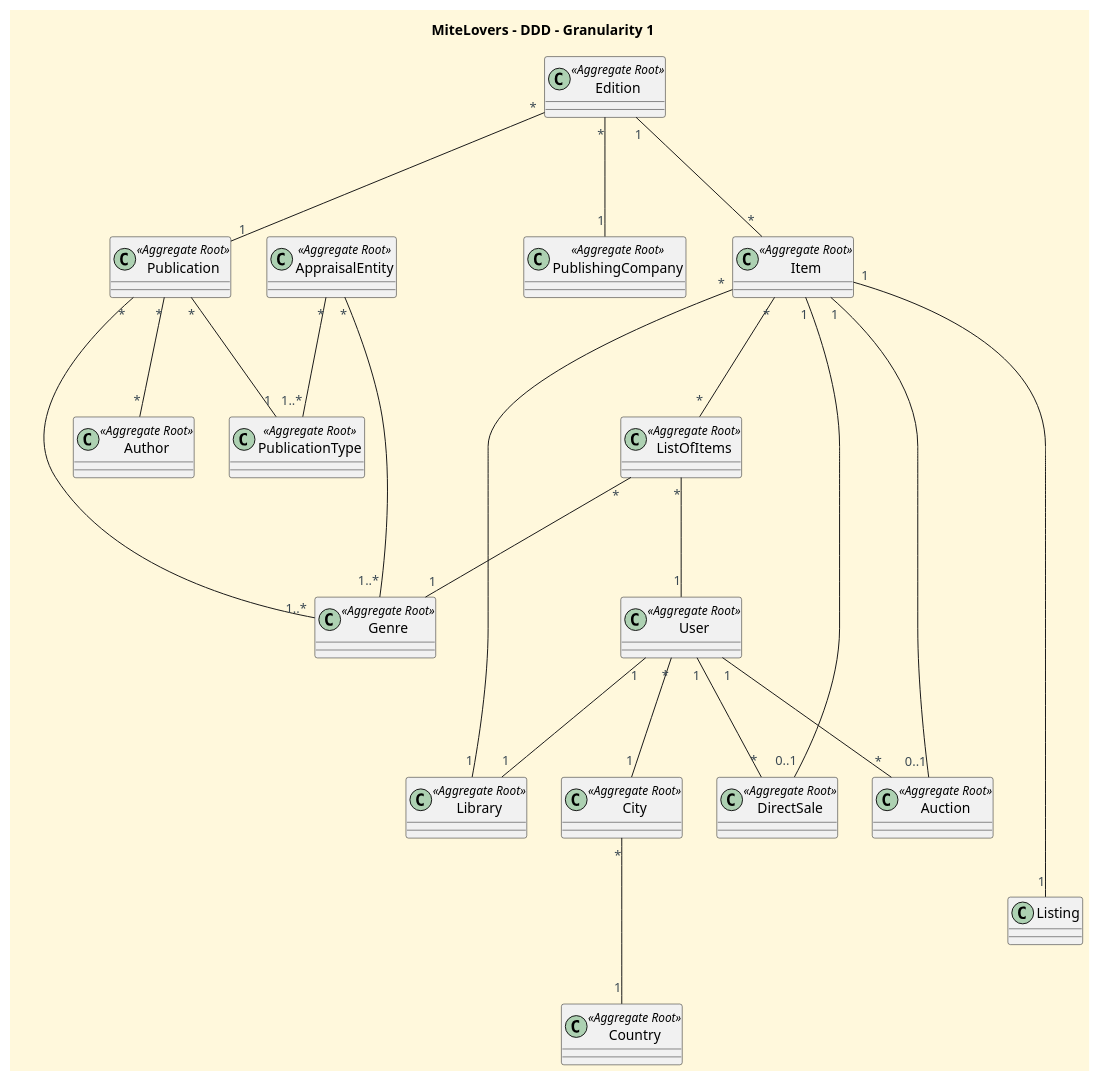
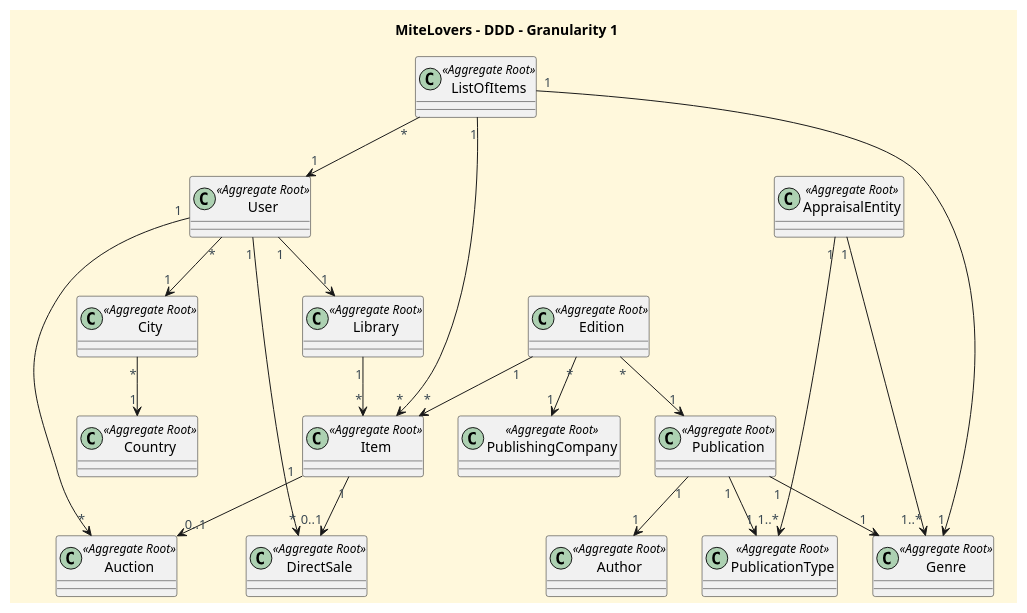
Before and after one commit to CarolinaLeite-collab/JavaMarketplacePlatform: the diagram in docs/global-artifacts/DDD-G1.puml, drawn with PlantUML. The commit also changed 2 other files, not shown here.

```diff
--- a/docs/global-artifacts/DDD-G1.puml
+++ b/docs/global-artifacts/DDD-G1.puml
@@ -1,95 +1,94 @@
 @startuml
 'https://plantuml.com/class-diagram
 
 '==== Title ====
 title MiteLovers – DDD - Granularity 1
 top to bottom direction
 
 '==== basic style ====
 
 'hides unwanted text
 
 skinparam monochrome false
 
 skinparam monochrome false
 skinparam shadowing false
 skinparam defaultFontName Futura
 skinparam objectFontSize 20
 skinparam backgroundColor CornSilk
 skinparam objectBackgroundColor WhiteSmoke
 skinparam noteBackgroundColor #FFFFE0
 skinparam ArrowFontColor #3B4953
 skinparam ActivationBackgroundColor black
 skinparam classAttributeIconSize 0
 
 '--- undefined objects ---'
 skinparam object {
   BackgroundColor<<highlight>> 91C6BCAA
   BorderColor<<highlight>> 4B9DA9AA
   FontColor<<highlight>> 547792AA
 }
 skinparam shadowing<<highlight>> false
 
 '--- Objects - Aggregate Roots ---'
 
 
 class User <<Aggregate Root>>
 class Library <<Aggregate Root>> {}
 class ListOfItems <<Aggregate Root>> {}
 class Item <<Aggregate Root>> {}
 class City <<Aggregate Root>> {}
 class Country <<Aggregate Root>> {}
 class DirectSale <<Aggregate Root>> {}
 class Auction <<Aggregate Root>> {}
 'class Bid <<Entity>> {}
 class Edition <<Aggregate Root>> {}
 class PublishingCompany <<Aggregate Root>> {}
 class Publication <<Aggregate Root>> {}
 class Author <<Aggregate Root>> {}
 class PublicationType <<Aggregate Root>>  {}
 class Genre <<Aggregate Root>> {}
 class AppraisalEntity <<Aggregate Root>> {}
 
 '=== Correlations ==='
 
 '--- Edition ---'
-Edition "*" --- "1" PublishingCompany
-Edition "*" --- "1" Publication
-Edition "1" --- "*" Item
+Edition "*" --> "1" PublishingCompany
+Edition "*" --> "1" Publication
+Edition "1" --> "*" Item
 
 '--- Item ---'
-Item "*" --- "1" Library
-Item "1" -------- "1" Listing
-Item "*" --- "*" ListOfItems
+Library "1" --> "*" Item
+ListOfItems "1" --> "*" Item
 
 '--- ListOfItems ---'
-ListOfItems "*" --- "1" User
-ListOfItems "*" --- "1" Genre
+ListOfItems "*" --> "1" User
+ListOfItems "1" --> "1" Genre
 
 '--- User ---'
-User "*" --- "1" City
-User "1" --- "1" Library
-'User "1" --- "*" Bid
-User "1" --- "*" Auction
-User "1" --- "*" DirectSale
+User "*" --> "1" City
+User "1" --> "1" Library
+'User "1" --> "*" Bid
+User "1" --> "*" Auction
+User "1" --> "*" DirectSale
 
 '--- Publication ---'
-Publication "*" --- "*" Author
-Publication "*" --- "1" PublicationType
-Publication "*" --- "1..*" Genre
+Publication "1" --> "1" Author
+Publication "1" --> "1" PublicationType
+Publication "1" --> "1" Genre
 
 '--- AppraisalEntity ---'
-AppraisalEntity "*" --- "1..*" PublicationType
-AppraisalEntity "*" ----- "1..*" Genre
+AppraisalEntity "1" --> "1..*" PublicationType
+AppraisalEntity "1" ----> "1..*" Genre
 
 '--- Listing ---'
-Item "1" --- "0..1" Auction
-Item "1" --- "0..1" DirectSale
-'Auction "1" --- "*" Bid
+Item "1" --> "0..1" Auction
+Item "1" --> "0..1" DirectSale
+'Auction "1" --> "*" Bid
 
 '--- City ---'
-City "*" --- "1" Country
+City "*" --> "1" Country
 
 
 
 @enduml
```
